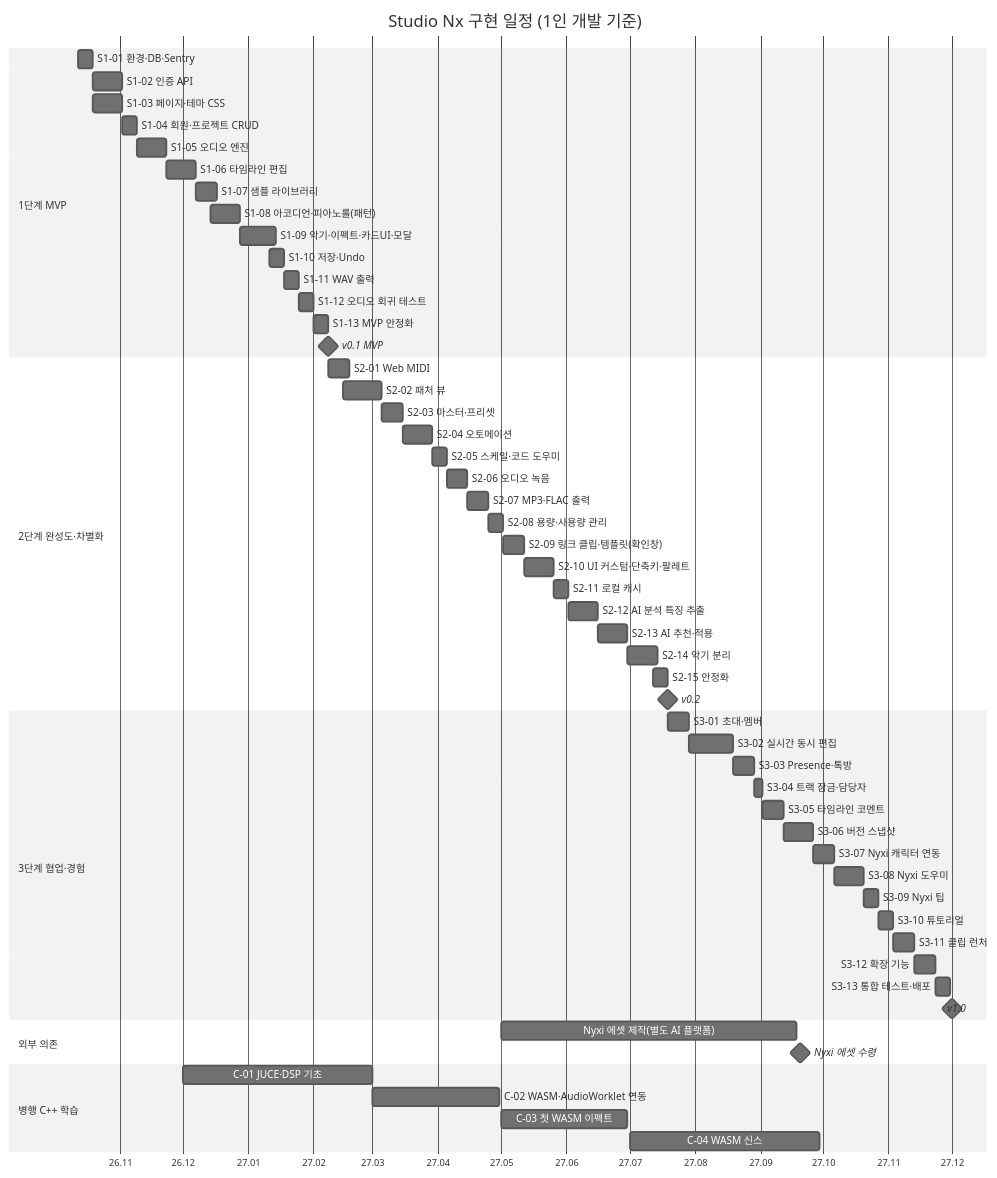
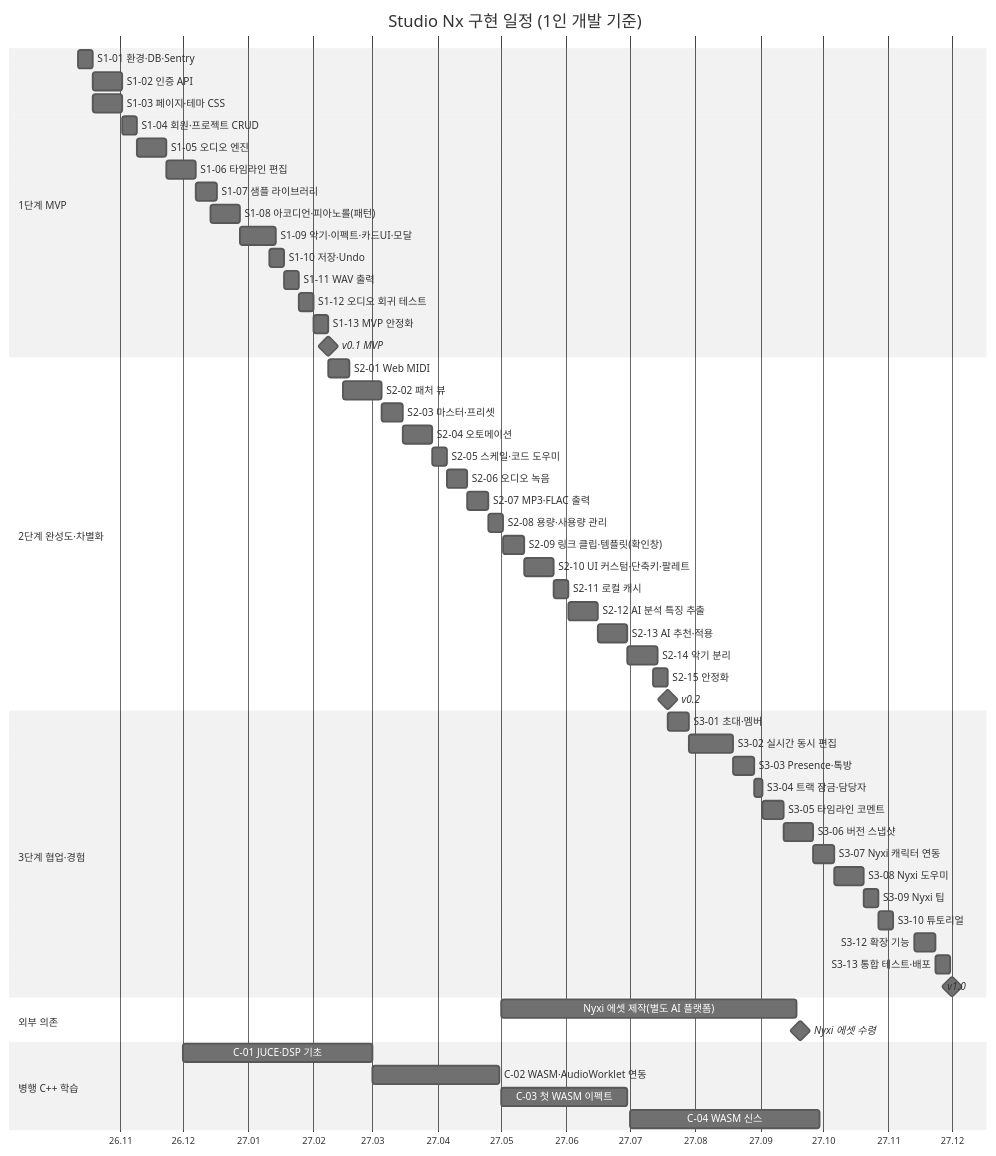
Before and after one commit to good200005/StudioNx: the diagram in docs/Implementation_Plan.md, drawn with Mermaid (neutral theme). The commit also changed other lines of this file and 20 other files, not shown here.

````diff
--- a/docs/Implementation_Plan.md
+++ b/docs/Implementation_Plan.md
@@ -169,67 +169,66 @@
 ```mermaid
 gantt
     title Studio Nx 구현 일정 (1인 개발 기준)
     dateFormat YYYY-MM-DD
     axisFormat %y.%m
     tickInterval 1month
 
     section 1단계 MVP
     S1-01 환경·DB·Sentry            :s101, 2026-10-12, 7d
     S1-02 인증 API                  :s102, 2026-10-19, 14d
     S1-03 페이지·테마 CSS           :s103, 2026-10-19, 14d
     S1-04 회원·프로젝트 CRUD         :s104, 2026-11-02, 7d
     S1-05 오디오 엔진               :s105, 2026-11-09, 14d
     S1-06 타임라인 편집              :s106, 2026-11-23, 14d
     S1-07 샘플 라이브러리             :s107, 2026-12-07, 10d
     S1-08 아코디언·피아노롤(패턴)      :s108, 2026-12-14, 14d
     S1-09 악기·이펙트·카드UI·모달     :s109, 2026-12-28, 17d
     S1-10 저장·Undo                 :s110, 2027-01-11, 7d
     S1-11 WAV 출력                  :s111, 2027-01-18, 7d
     S1-12 오디오 회귀 테스트          :s112, 2027-01-25, 7d
     S1-13 MVP 안정화                 :s113, 2027-02-01, 7d
     v0.1 MVP                       :milestone, m1, 2027-02-08, 0d
 
     section 2단계 완성도·차별화
     S2-01 Web MIDI                 :s201, 2027-02-08, 10d
     S2-02 패처 뷰                   :s202, 2027-02-15, 18d
     S2-03 마스터·프리셋              :s203, 2027-03-05, 10d
     S2-04 오토메이션                :s204, 2027-03-15, 14d
     S2-05 스케일·코드 도우미          :s205, 2027-03-29, 7d
     S2-06 오디오 녹음               :s206, 2027-04-05, 10d
     S2-07 MP3·FLAC 출력             :s207, 2027-04-15, 10d
     S2-08 용량·사용량 관리           :s208, 2027-04-25, 7d
     S2-09 링크 클립·템플릿(확인창)     :s209, 2027-05-02, 10d
     S2-10 UI 커스텀·단축키·팔레트      :s210, 2027-05-12, 14d
     S2-11 로컬 캐시                 :s211, 2027-05-26, 7d
     S2-12 AI 분석 특징 추출          :s212, 2027-06-02, 14d
     S2-13 AI 추천·적용              :s213, 2027-06-16, 14d
     S2-14 악기 분리                 :s214, 2027-06-30, 14d
     S2-15 안정화                    :s215, 2027-07-12, 7d
     v0.2                          :milestone, m2, 2027-07-19, 0d
 
     section 3단계 협업·경험
     S3-01 초대·멤버                 :s301, 2027-07-19, 10d
     S3-02 실시간 동시 편집            :s302, 2027-07-29, 21d
     S3-03 Presence·톡방             :s303, 2027-08-19, 10d
     S3-04 트랙 잠금·담당자            :s304, 2027-08-29, 4d
     S3-05 타임라인 코멘트             :s305, 2027-09-02, 10d
     S3-06 버전 스냅샷               :s306, 2027-09-12, 14d
     S3-07 Nyxi 캐릭터 연동           :s307, 2027-09-26, 10d
     S3-08 Nyxi 도우미               :s308, 2027-10-06, 14d
     S3-09 Nyxi 팁                   :s309, 2027-10-20, 7d
     S3-10 튜토리얼                  :s310, 2027-10-27, 7d
-    S3-11 클립 런처                 :s311, 2027-11-03, 10d
     S3-12 확장 기능                 :s312, 2027-11-13, 10d
     S3-13 통합 테스트·배포           :s313, 2027-11-23, 7d
     v1.0                          :milestone, m3, 2027-12-01, 0d
 
     section 외부 의존
     Nyxi 에셋 제작(별도 AI 플랫폼)   :ext1, 2027-05-01, 140d
     Nyxi 에셋 수령                  :milestone, ext2, 2027-09-20, 0d
 
     section 병행 C++ 학습
     C-01 JUCE·DSP 기초              :c01, 2026-12-01, 90d
     C-02 WASM·AudioWorklet 연동     :c02, 2027-03-01, 60d
     C-03 첫 WASM 이펙트             :c03, 2027-05-01, 60d
     C-04 WASM 신스                  :c04, 2027-07-01, 90d
 ```
````
